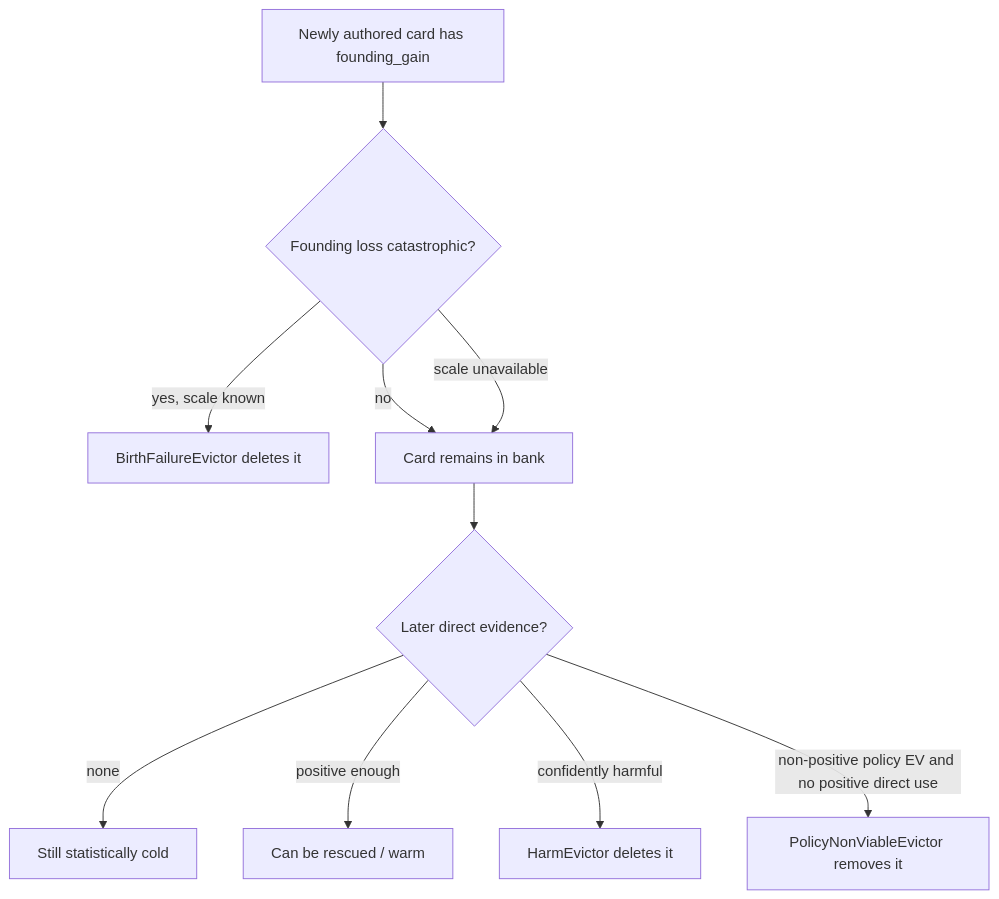
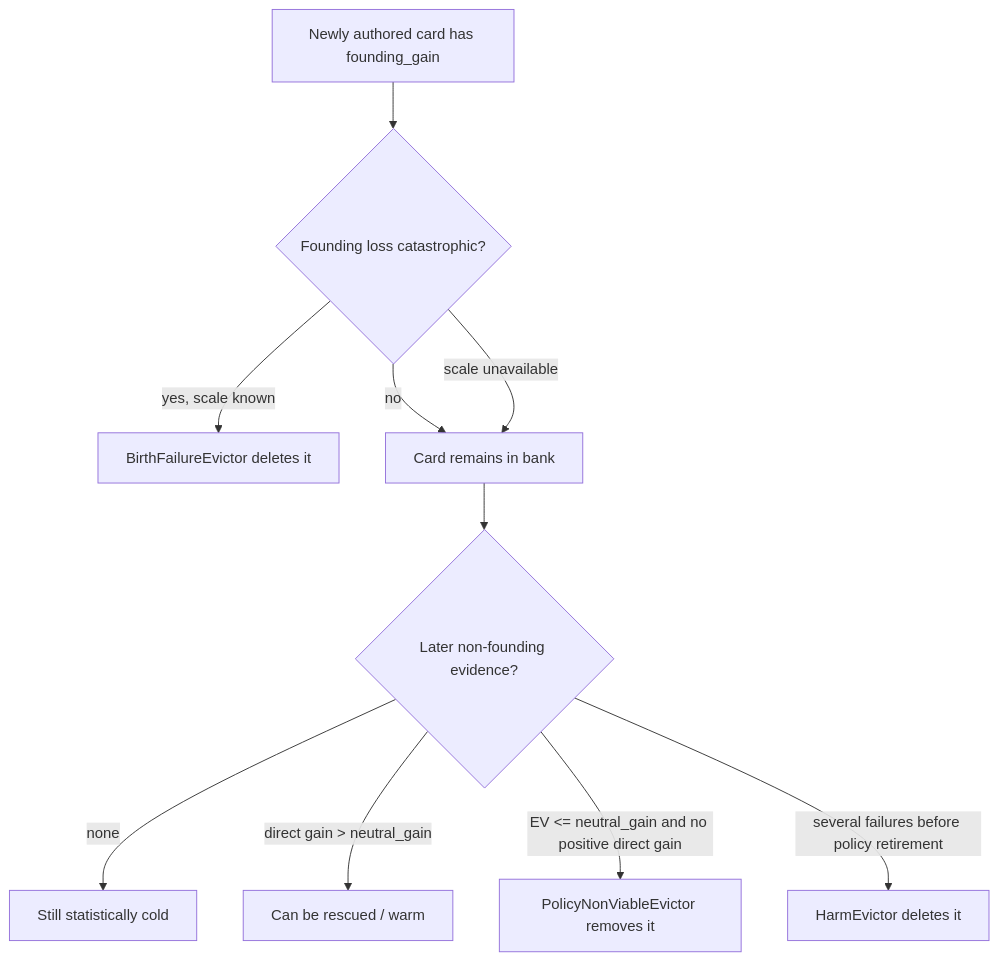
The fourth of 9 diagrams in docs/MEMORY_LIFECYCLE_TUTORIAL.md (FusionBrainLab/gigaevo-core), drawn with Mermaid before and after one commit. The commit also changed other lines of this file, not shown here.

````diff
--- a/docs/MEMORY_LIFECYCLE_TUTORIAL.md
+++ b/docs/MEMORY_LIFECYCLE_TUTORIAL.md
@@ -398,12 +402,12 @@
 ```mermaid
 flowchart TD
     A[Newly authored card has founding_gain] --> B{Founding loss catastrophic?}
     B -->|yes, scale known| C[BirthFailureEvictor deletes it]
     B -->|no| D[Card remains in bank]
     B -->|scale unavailable| D
-    D --> E{Later direct evidence?}
+    D --> E{Later non-founding evidence?}
     E -->|none| F[Still statistically cold]
-    E -->|positive enough| G[Can be rescued / warm]
-    E -->|confidently harmful| H[HarmEvictor deletes it]
-    E -->|non-positive policy EV and no positive direct use| I[PolicyNonViableEvictor removes it]
+    E -->|direct gain > neutral_gain| G[Can be rescued / warm]
+    E -->|EV <= neutral_gain and no positive direct gain| I[PolicyNonViableEvictor removes it]
+    E -->|several failures before policy retirement| H[HarmEvictor deletes it]
 ```
````
